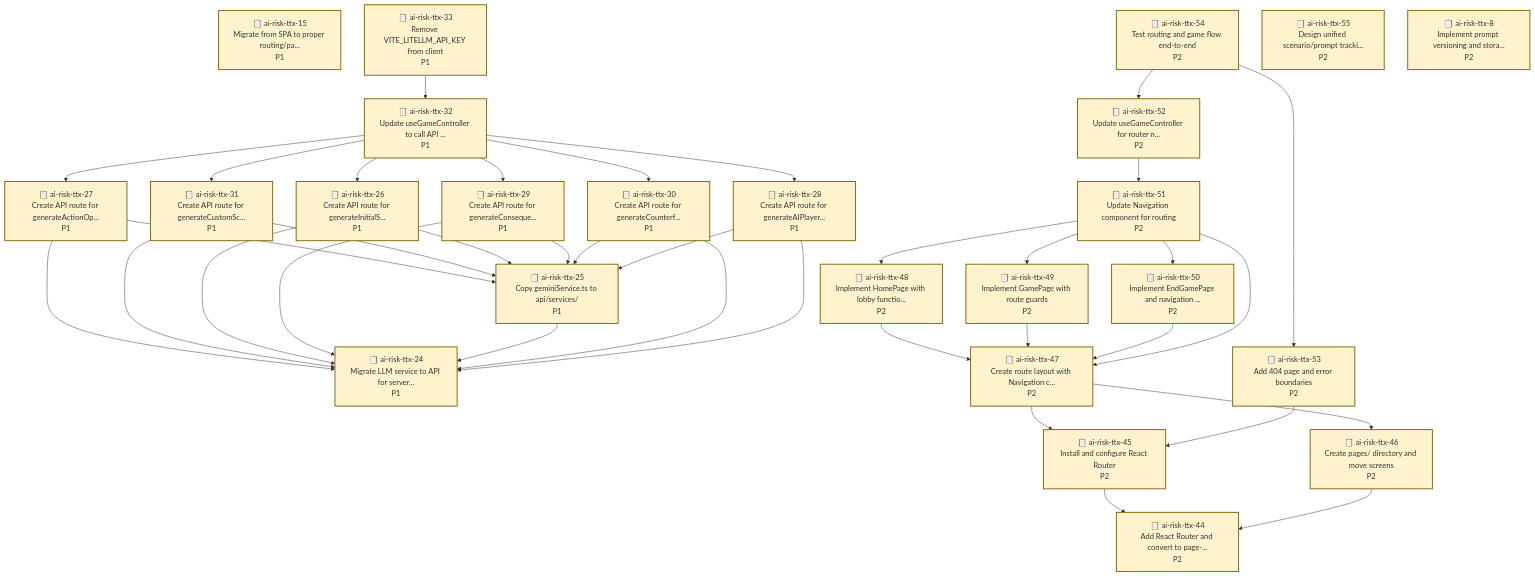
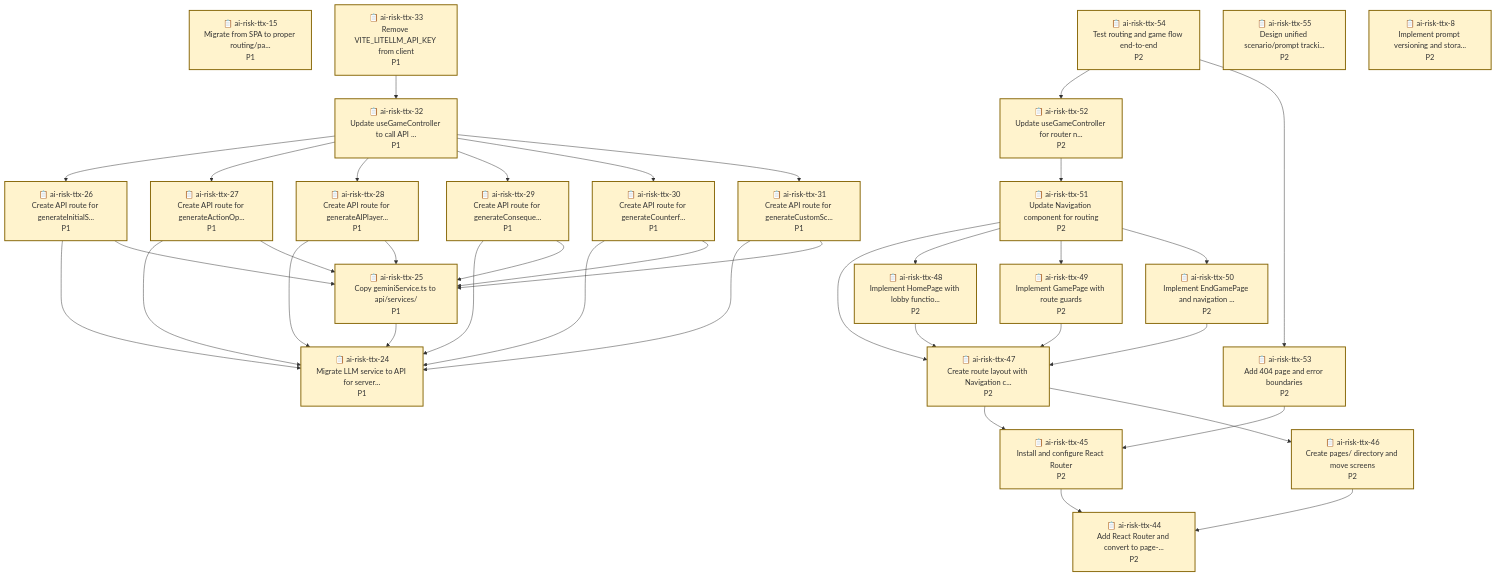
One commit to bhi5hmaraj/ai-risk-ttx changed the diagram in README.md. Above: the diagram before and after it, drawn with Mermaid. The commit also changed other lines of this file and 12 other files, not shown here.

````diff
--- a/README.md
+++ b/README.md
@@ -270,39 +270,39 @@
     ai-risk-ttx-8["📋 ai-risk-ttx-8<br/>Implement prompt versioning and stora...<br/>P2"]
     style ai-risk-ttx-8 fill:#fff3cd,stroke:#856404,stroke-width:2px
 
+    ai-risk-ttx-49 --> ai-risk-ttx-47
     ai-risk-ttx-27 --> ai-risk-ttx-24
     ai-risk-ttx-27 --> ai-risk-ttx-25
-    ai-risk-ttx-31 --> ai-risk-ttx-24
-    ai-risk-ttx-31 --> ai-risk-ttx-25
-    ai-risk-ttx-45 --> ai-risk-ttx-44
+    ai-risk-ttx-51 --> ai-risk-ttx-47
+    ai-risk-ttx-51 --> ai-risk-ttx-48
+    ai-risk-ttx-51 --> ai-risk-ttx-49
+    ai-risk-ttx-51 --> ai-risk-ttx-50
+    ai-risk-ttx-25 --> ai-risk-ttx-24
+    ai-risk-ttx-53 --> ai-risk-ttx-45
+    ai-risk-ttx-50 --> ai-risk-ttx-47
     ai-risk-ttx-33 --> ai-risk-ttx-32
-    ai-risk-ttx-48 --> ai-risk-ttx-47
+    ai-risk-ttx-30 --> ai-risk-ttx-24
+    ai-risk-ttx-30 --> ai-risk-ttx-25
     ai-risk-ttx-26 --> ai-risk-ttx-24
     ai-risk-ttx-26 --> ai-risk-ttx-25
+    ai-risk-ttx-48 --> ai-risk-ttx-47
+    ai-risk-ttx-54 --> ai-risk-ttx-52
+    ai-risk-ttx-54 --> ai-risk-ttx-53
+    ai-risk-ttx-52 --> ai-risk-ttx-51
+    ai-risk-ttx-47 --> ai-risk-ttx-45
+    ai-risk-ttx-47 --> ai-risk-ttx-46
+    ai-risk-ttx-46 --> ai-risk-ttx-44
     ai-risk-ttx-32 --> ai-risk-ttx-26
     ai-risk-ttx-32 --> ai-risk-ttx-27
     ai-risk-ttx-32 --> ai-risk-ttx-28
     ai-risk-ttx-32 --> ai-risk-ttx-29
     ai-risk-ttx-32 --> ai-risk-ttx-30
     ai-risk-ttx-32 --> ai-risk-ttx-31
-    ai-risk-ttx-47 --> ai-risk-ttx-45
-    ai-risk-ttx-47 --> ai-risk-ttx-46
+    ai-risk-ttx-31 --> ai-risk-ttx-24
+    ai-risk-ttx-31 --> ai-risk-ttx-25
+    ai-risk-ttx-45 --> ai-risk-ttx-44
     ai-risk-ttx-29 --> ai-risk-ttx-24
     ai-risk-ttx-29 --> ai-risk-ttx-25
-    ai-risk-ttx-49 --> ai-risk-ttx-47
-    ai-risk-ttx-25 --> ai-risk-ttx-24
-    ai-risk-ttx-46 --> ai-risk-ttx-44
-    ai-risk-ttx-30 --> ai-risk-ttx-24
-    ai-risk-ttx-30 --> ai-risk-ttx-25
-    ai-risk-ttx-54 --> ai-risk-ttx-52
-    ai-risk-ttx-54 --> ai-risk-ttx-53
-    ai-risk-ttx-52 --> ai-risk-ttx-51
-    ai-risk-ttx-53 --> ai-risk-ttx-45
     ai-risk-ttx-28 --> ai-risk-ttx-24
     ai-risk-ttx-28 --> ai-risk-ttx-25
-    ai-risk-ttx-50 --> ai-risk-ttx-47
-    ai-risk-ttx-51 --> ai-risk-ttx-47
-    ai-risk-ttx-51 --> ai-risk-ttx-48
-    ai-risk-ttx-51 --> ai-risk-ttx-49
-    ai-risk-ttx-51 --> ai-risk-ttx-50
 ```
````
